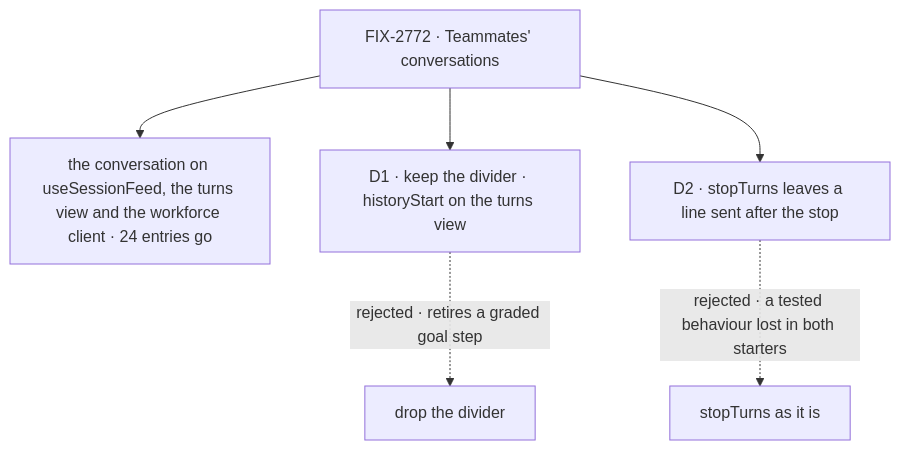
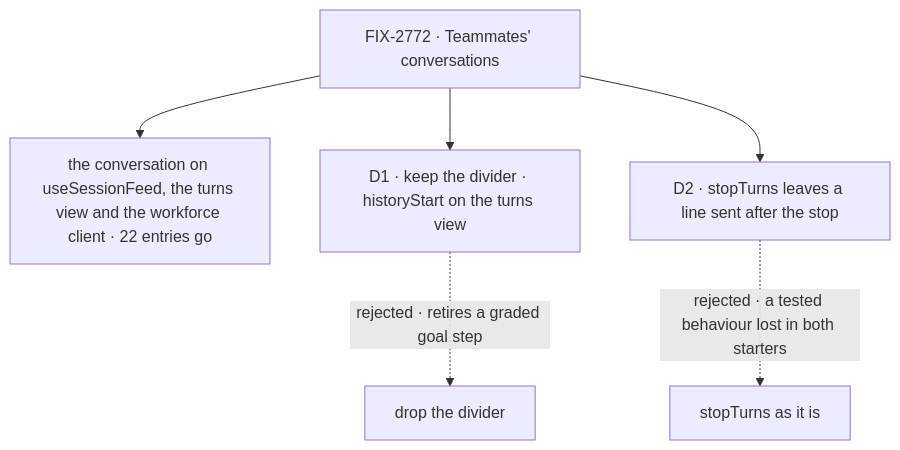
Before and after one commit to fixpoint-labs/flow-state-dev: the diagram in specs/issues/FIX-2772/DECISIONS.md, drawn with Mermaid. The commit also changed other lines of this file and 4 other files, not shown here.

````diff
--- a/specs/issues/FIX-2772/DECISIONS.md
+++ b/specs/issues/FIX-2772/DECISIONS.md
@@ -13,8 +13,8 @@
 ```mermaid
 flowchart TD
-  I["FIX-2772 · Teammates' conversations"] --> M["the conversation on useSessionFeed, the turns view and the workforce client · 24 entries go"]
+  I["FIX-2772 · Teammates' conversations"] --> M["the conversation on useSessionFeed, the turns view and the workforce client · 22 entries go"]
   I --> D1["D1 · keep the divider · historyStart on the turns view"]
   D1 -.->|"rejected · retires a graded goal step"| X1["drop the divider"]
   I --> D2["D2 · stopTurns leaves a line sent after the stop"]
   D2 -.->|"rejected · a tested behaviour lost in both starters"| X2["stopTurns as it is"]
 ```
````
